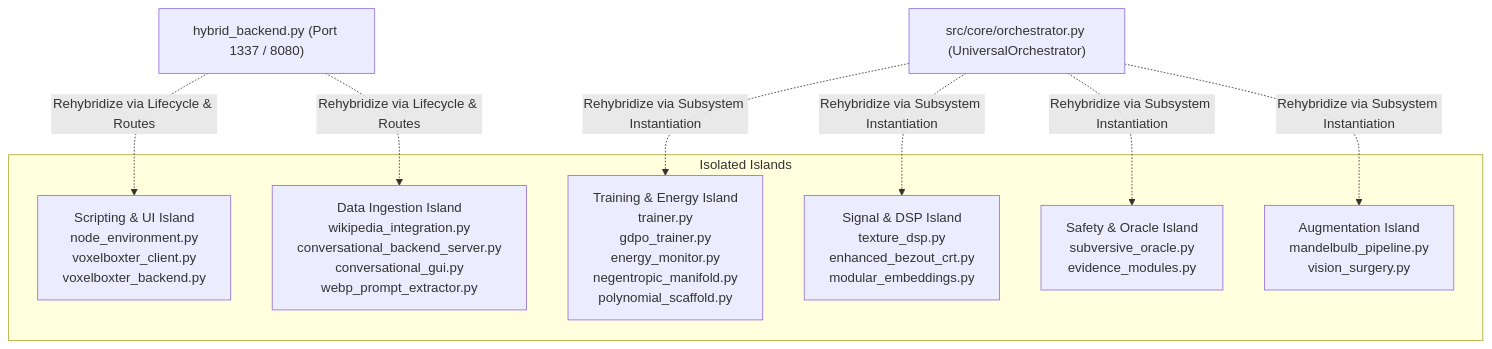
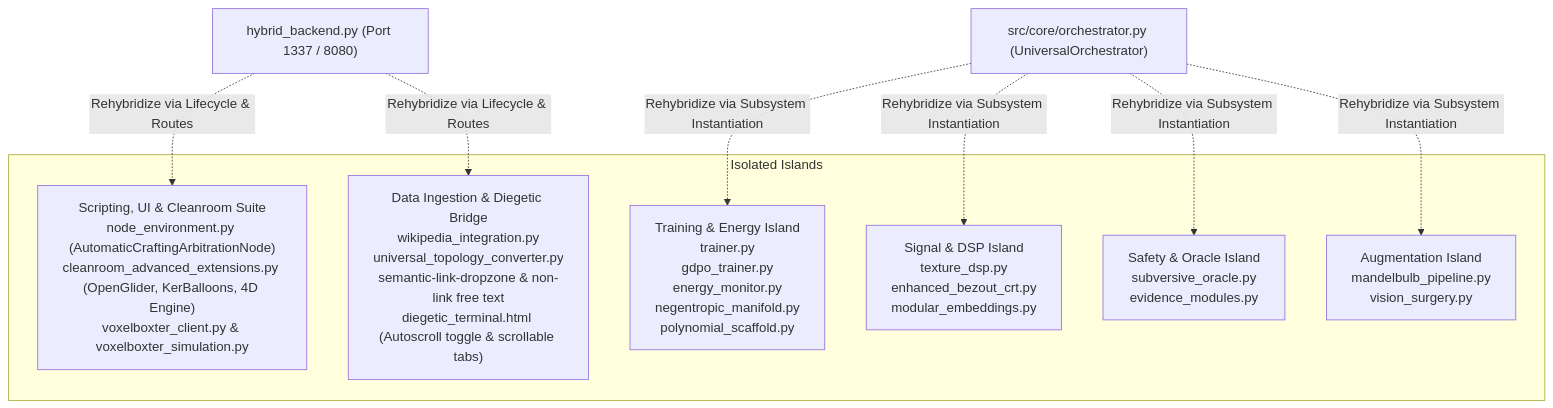
Before and after one commit to ZenoNex/Gyroidic-Sparse-Covariance-Flux-Reasoner: the first of 2 diagrams in docs/UNIVERSAL_ORCHESTRATOR_REHYBRIDIZATION.md, drawn with Mermaid. The commit also changed other lines of this file and 6 other files, not shown here.

Commit message:
Update stepping stairs navigational maps, Mermaid diagrams, and architectural documentation for cleanroom extensions, crafting arbitration, and terminal UI

````diff
--- a/docs/UNIVERSAL_ORCHESTRATOR_REHYBRIDIZATION.md
+++ b/docs/UNIVERSAL_ORCHESTRATOR_REHYBRIDIZATION.md
@@ -27,17 +27,17 @@
 ```mermaid
 flowchart TD
     subgraph Isolated Islands
-        IS1["Scripting & UI Island<br/>node_environment.py<br/>voxelboxter_client.py<br/>voxelboxter_backend.py"]
+        IS1["Scripting, UI & Cleanroom Suite<br/>node_environment.py (AutomaticCraftingArbitrationNode)<br/>cleanroom_advanced_extensions.py (OpenGlider, KerBalloons, 4D Engine)<br/>voxelboxter_client.py & voxelboxter_simulation.py"]
         IS2["Training & Energy Island<br/>trainer.py<br/>gdpo_trainer.py<br/>energy_monitor.py<br/>negentropic_manifold.py<br/>polynomial_scaffold.py"]
         IS3["Signal & DSP Island<br/>texture_dsp.py<br/>enhanced_bezout_crt.py<br/>modular_embeddings.py"]
         IS4["Safety & Oracle Island<br/>subversive_oracle.py<br/>evidence_modules.py"]
-        IS5["Data Ingestion Island<br/>wikipedia_integration.py<br/>conversational_backend_server.py<br/>conversational_gui.py<br/>webp_prompt_extractor.py"]
+        IS5["Data Ingestion & Diegetic Bridge<br/>wikipedia_integration.py<br/>universal_topology_converter.py<br/>semantic-link-dropzone & non-link free text<br/>diegetic_terminal.html (Autoscroll toggle & scrollable tabs)"]
         IS6["Augmentation Island<br/>mandelbulb_pipeline.py<br/>vision_surgery.py"]
     end
 
     HB["hybrid_backend.py (Port 1337 / 8080)"]
     UO["src/core/orchestrator.py (UniversalOrchestrator)"]
 
     HB -.->|Rehybridize via Lifecycle & Routes| IS1 & IS5
     UO -.->|Rehybridize via Subsystem Instantiation| IS2 & IS3 & IS4 & IS6
 ```
````
